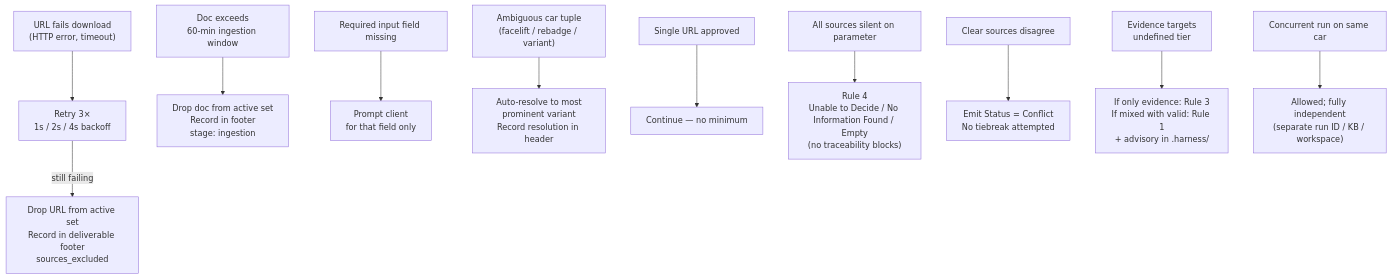
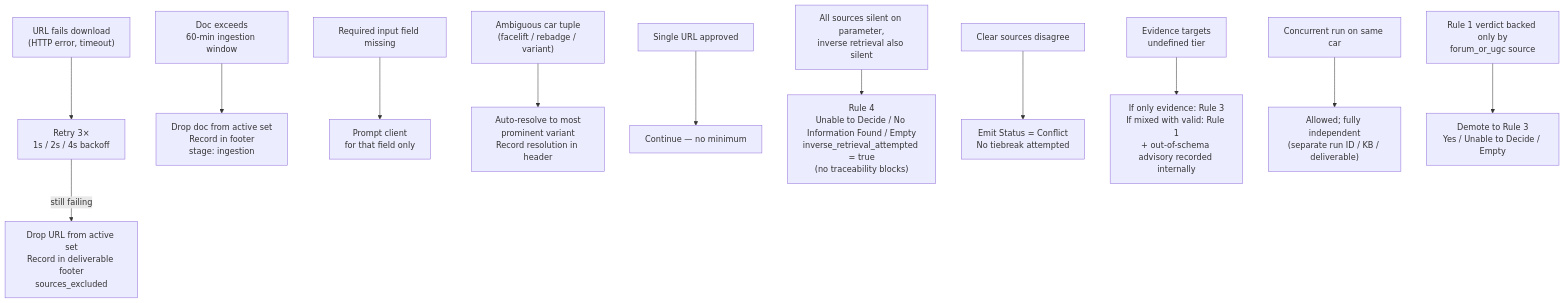
One commit to hazemHany09/stellantis_workflow changed the sixth of 6 diagrams in business-logic/12-workflow-diagram.md. Above: the diagram before and after it, drawn with Mermaid. The commit also changed other lines of this file and 22 other files, not shown here.

````diff
--- a/business-logic/12-workflow-diagram.md
+++ b/business-logic/12-workflow-diagram.md
@@ -216,21 +189,23 @@
 ```mermaid
 flowchart TD
     E1["URL fails download<br/>(HTTP error, timeout)"] --> E1R["Retry 3×<br/>1s / 2s / 4s backoff"]
     E1R -- still failing --> E1D["Drop URL from active set<br/>Record in deliverable footer<br/>sources_excluded"]
 
     E2["Doc exceeds<br/>60-min ingestion window"] --> E2D["Drop doc from active set<br/>Record in footer<br/>stage: ingestion"]
 
     E3["Required input field missing"] --> E3P["Prompt client<br/>for that field only"]
 
     E4["Ambiguous car tuple<br/>(facelift / rebadge / variant)"] --> E4R["Auto-resolve to most<br/>prominent variant<br/>Record resolution in header"]
 
     E5["Single URL approved"] --> E5C["Continue — no minimum"]
 
-    E6["All sources silent on parameter"] --> E6R4["Rule 4<br/>Unable to Decide / No Information Found / Empty<br/>(no traceability blocks)"]
+    E6["All sources silent on parameter,<br/>inverse retrieval also silent"] --> E6R4["Rule 4<br/>Unable to Decide / No Information Found / Empty<br/>inverse_retrieval_attempted = true<br/>(no traceability blocks)"]
 
     E7["Clear sources disagree"] --> E7C["Emit Status = Conflict<br/>No tiebreak attempted"]
 
-    E8["Evidence targets<br/>undefined tier"] --> E8R["If only evidence: Rule 3<br/>If mixed with valid: Rule 1<br/>+ advisory in .harness/"]
+    E8["Evidence targets<br/>undefined tier"] --> E8R["If only evidence: Rule 3<br/>If mixed with valid: Rule 1<br/>+ out-of-schema advisory recorded internally"]
 
-    E9["Concurrent run on same car"] --> E9I["Allowed; fully independent<br/>(separate run ID / KB / workspace)"]
+    E9["Concurrent run on same car"] --> E9I["Allowed; fully independent<br/>(separate run ID / KB / deliverable)"]
+
+    E10["Rule 1 verdict backed only by<br/>forum_or_ugc source"] --> E10D["Demote to Rule 3<br/>Yes / Unable to Decide / Empty"]
 ```
````
